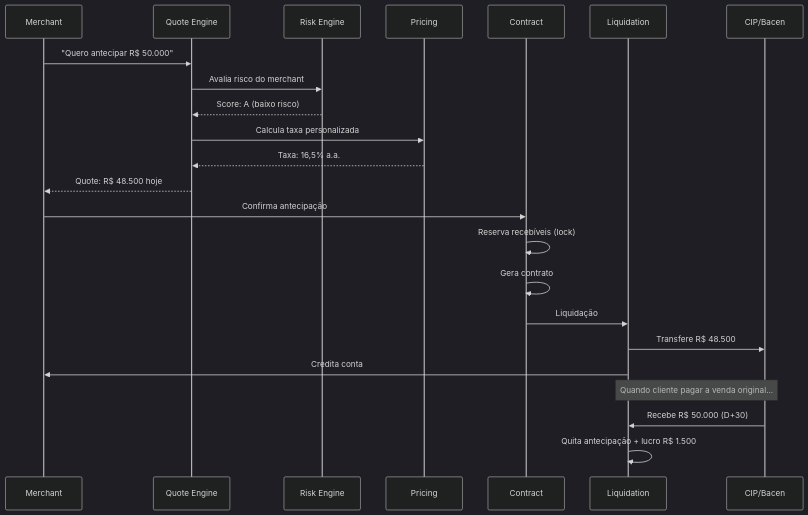
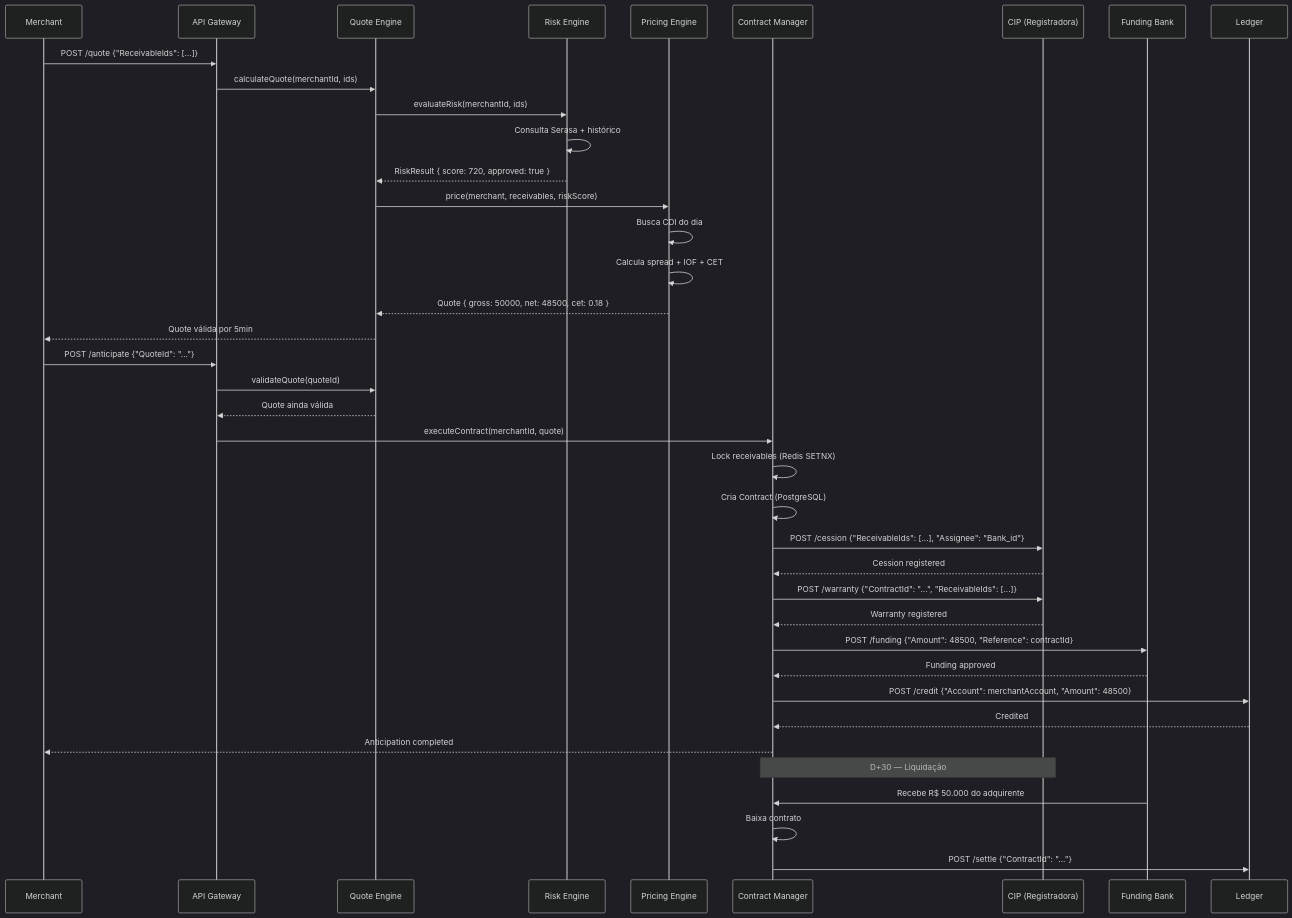
The second of 4 diagrams in packages/docs/challenges/16-anticipation.md (mateussiqueira/banking-stack), drawn with Mermaid (dark theme) before and after one commit. The commit also changed other lines of this file and 80 other files, not shown here.

First line of the commit message:
roadmap fases 1-4: interatividade, quizzes, gamificacao, flashcards

````diff
--- a/packages/docs/challenges/16-anticipation.md
+++ b/packages/docs/challenges/16-anticipation.md
@@ -48,28 +191,45 @@
 ```mermaid
 sequenceDiagram
     participant M as Merchant
+    participant API as API Gateway
     participant Q as Quote Engine
     participant R as Risk Engine
-    participant P as Pricing
-    participant C as Contract
-    participant L as Liquidation
-    participant CIP as CIP/Bacen
+    participant P as Pricing Engine
+    participant C as Contract Manager
+    participant CIP as CIP (Registradora)
+    participant F as Funding Bank
+    participant LED as Ledger
 
-    M->>Q: "Quero antecipar R$ 50.000"
-    Q->>R: Avalia risco do merchant
-    R-->>Q: Score: A (baixo risco)
-    Q->>P: Calcula taxa personalizada
-    P-->>Q: Taxa: 16,5% a.a.
-    Q-->>M: Quote: R$ 48.500 hoje
+    M->>API: POST /quote {"ReceivableIds": [...]}
+    API->>Q: calculateQuote(merchantId, ids)
+    Q->>R: evaluateRisk(merchantId, ids)
+    R->>R: Consulta Serasa + histórico
+    R-->>Q: RiskResult { score: 720, approved: true }
+    Q->>P: price(merchant, receivables, riskScore)
+    P->>P: Busca CDI do dia
+    P->>P: Calcula spread + IOF + CET
+    P-->>Q: Quote { gross: 50000, net: 48500, cet: 0.18 }
+    Q-->>M: Quote válida por 5min
 
-    M->>C: Confirma antecipação
-    C->>C: Reserva recebíveis (lock)
-    C->>C: Gera contrato
-    C->>L: Liquidação
-    L->>CIP: Transfere R$ 48.500
-    L->>M: Credita conta
+    M->>API: POST /anticipate {"QuoteId": "..."}
+    API->>Q: validateQuote(quoteId)
+    Q-->>API: Quote ainda válida
+    API->>C: executeContract(merchantId, quote)
 
-    Note over L,CIP: Quando cliente pagar a venda original...
-    CIP->>L: Recebe R$ 50.000 (D+30)
-    L->>L: Quita antecipação + lucro R$ 1.500
+    C->>C: Lock receivables (Redis SETNX)
+    C->>C: Cria Contract (PostgreSQL)
+    C->>CIP: POST /cession {"ReceivableIds": [...], "Assignee": "Bank_id"}
+    CIP-->>C: Cession registered
+    C->>CIP: POST /warranty {"ContractId": "...", "ReceivableIds": [...]}
+    CIP-->>C: Warranty registered
+    C->>F: POST /funding {"Amount": 48500, "Reference": contractId}
+    F-->>C: Funding approved
+    C->>LED: POST /credit {"Account": merchantAccount, "Amount": 48500}
+    LED-->>C: Credited
+    C-->>M: Anticipation completed
+
+    Note over C,CIP: D+30 — Liquidação
+    F->>C: Recebe R$ 50.000 do adquirente
+    C->>C: Baixa contrato
+    C->>LED: POST /settle {"ContractId": "..."}
 ```
````
